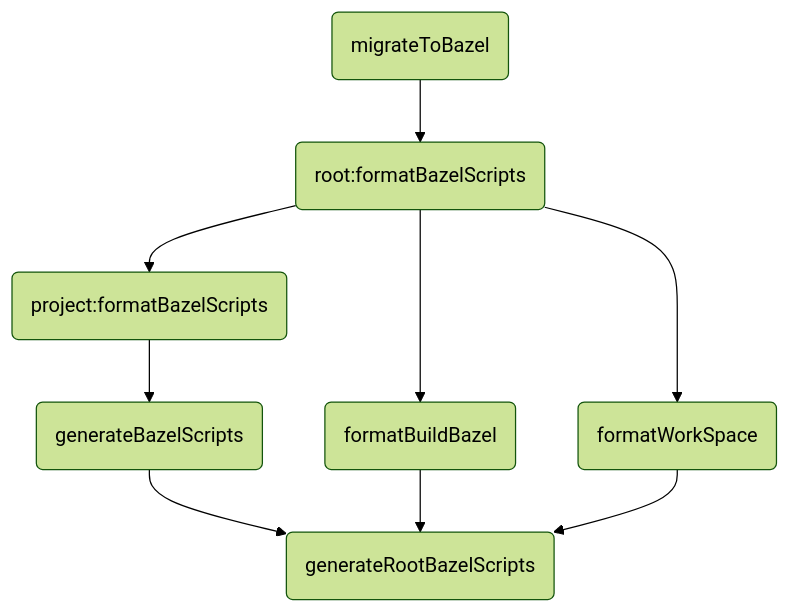
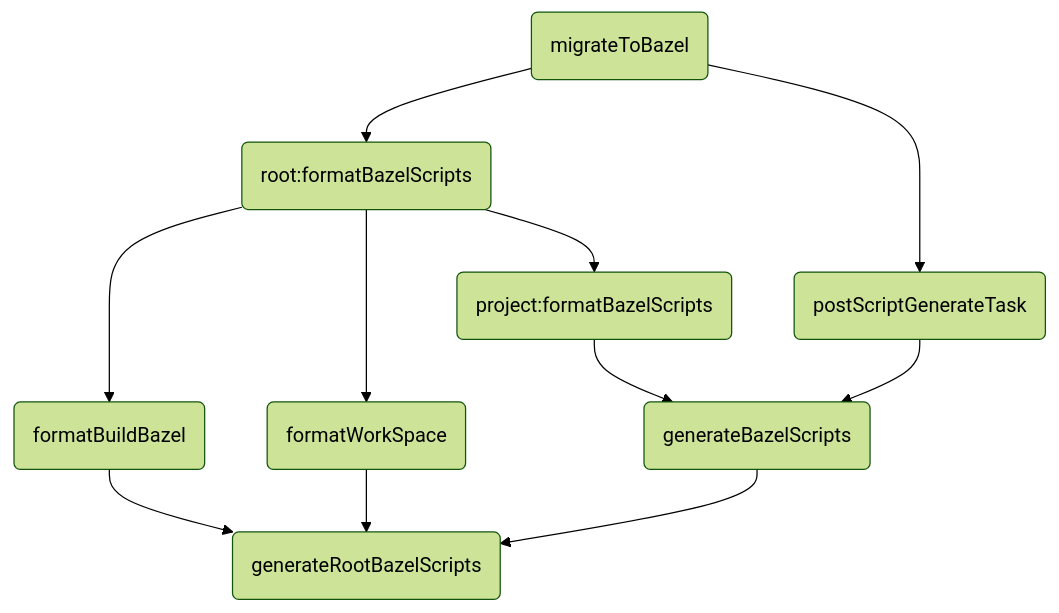
The diagram in docs/task_graph.mmd (mohamadk/Grazel), drawn with Mermaid (forest theme) before and after one commit. The commit also changed other lines of this file and 17 other files, not shown here.

```diff
--- a/docs/task_graph.mmd
+++ b/docs/task_graph.mmd
@@ -1,9 +1,11 @@
 graph TD
     A(generateBazelScripts) --> B(generateRootBazelScripts)
     C(root:formatBazelScripts) --> D(formatBuildBazel)
     C(root:formatBazelScripts) --> E(formatWorkSpace)
     D --> B
     E --> B
     F(project:formatBazelScripts) --> A
     C --> F
     H(migrateToBazel) --> C
+    G(postScriptGenerateTask) --> A
+    H(migrateToBazel) --> G
```
